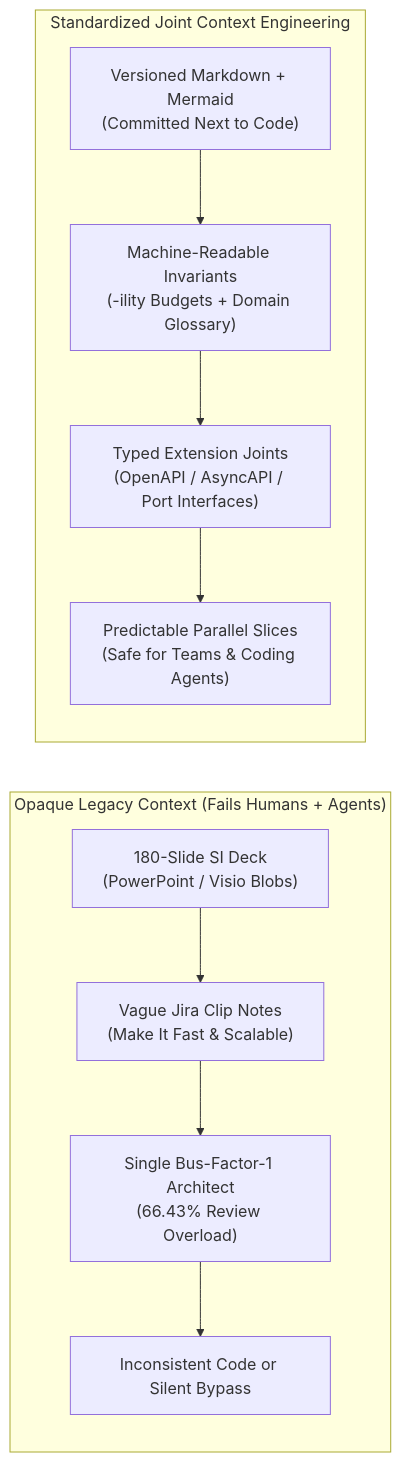
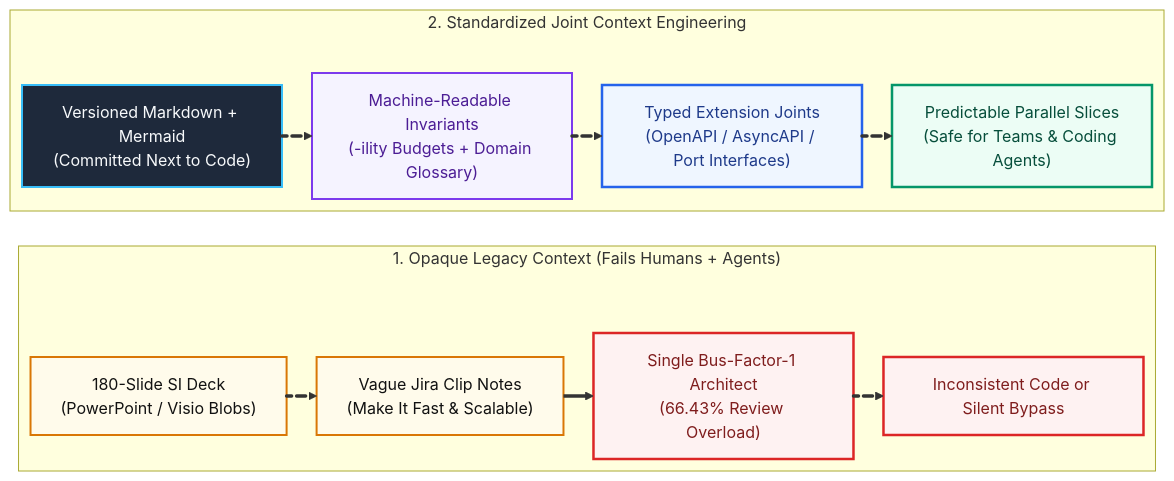
The first of 2 diagrams in src/content/blog/from-partner-diagram-rot-to-context-engineering.md (kumarshaz/kumarshaz.github.io), drawn with Mermaid before and after one commit. The commit also changed other lines of this file and 22 other files, not shown here.

Commit message:
feat(blog): review 6 new posts, add hero banners, and upgrade Mermaid v12 with ELK & Tidy-Tree

````diff
--- a/src/content/blog/from-partner-diagram-rot-to-context-engineering.md
+++ b/src/content/blog/from-partner-diagram-rot-to-context-engineering.md
@@ -90,14 +85,41 @@
 ```mermaid
+---
+config:
+  layout: elk
+---
 flowchart LR
-    subgraph OldWay["Opaque Legacy Context (Fails Humans + Agents)"]
-        S1["180-Slide SI Deck\n(PowerPoint / Visio Blobs)"] --> S2["Vague Jira Clip Notes\n(Make It Fast & Scalable)"]
-        S2 --> S3["Single Bus-Factor-1 Architect\n(66.43% Review Overload)"]
-        S3 --> S4["Inconsistent Code or Silent Bypass"]
+    subgraph OldWay["1. Opaque Legacy Context (Fails Humans + Agents)"]
+        S1["180-Slide SI Deck\n(PowerPoint / Visio Blobs)"]:::warnNode
+        S2["Vague Jira Clip Notes\n(Make It Fast & Scalable)"]:::warnNode
+        S3["Single Bus-Factor-1 Architect\n(66.43% Review Overload)"]:::dangerNode
+        S4["Inconsistent Code or Silent Bypass"]:::dangerNode
     end
 
-    subgraph NewWay["Standardized Joint Context Engineering"]
-        N1["Versioned Markdown + Mermaid\n(Committed Next to Code)"] --> N2["Machine-Readable Invariants\n(-ility Budgets + Domain Glossary)"]
-        N2 --> N3["Typed Extension Joints\n(OpenAPI / AsyncAPI / Port Interfaces)"]
-        N3 --> N4["Predictable Parallel Slices\n(Safe for Teams & Coding Agents)"]
+    subgraph NewWay["2. Standardized Joint Context Engineering"]
+        N1["Versioned Markdown + Mermaid\n(Committed Next to Code)"]:::intakeNode
+        N2["Machine-Readable Invariants\n(-ility Budgets + Domain Glossary)"]:::codeNode
+        N3["Typed Extension Joints\n(OpenAPI / AsyncAPI / Port Interfaces)"]:::gateNode
+        N4["Predictable Parallel Slices\n(Safe for Teams & Coding Agents)"]:::safeNode
     end
+
+    S1 e1@==> S2
+    S2 e2@==> S3
+    S3 e3@==> S4
+
+    N1 e4@==> N2
+    N2 e5@==> N3
+    N3 e6@==> N4
+
+    e1@{ animate: true }
+    e3@{ animate: true }
+    e4@{ animate: true }
+    e5@{ animate: true }
+    e6@{ animate: true }
+
+    classDef intakeNode fill:#1E293B,stroke:#38BDF8,stroke-width:2px,color:#F8FAFC
+    classDef warnNode fill:#FFFBEB,stroke:#D97706,stroke-width:2px,color:#111111
+    classDef dangerNode fill:#FEF2F2,stroke:#DC2626,stroke-width:2.5px,color:#7F1D1D
+    classDef codeNode fill:#F5F3FF,stroke:#7C3AED,stroke-width:2px,color:#4C1D95
+    classDef gateNode fill:#EFF6FF,stroke:#2563EB,stroke-width:2.5px,color:#1E3A8A
+    classDef safeNode fill:#ECFDF5,stroke:#059669,stroke-width:2.5px,color:#064E3B
 ```
````
